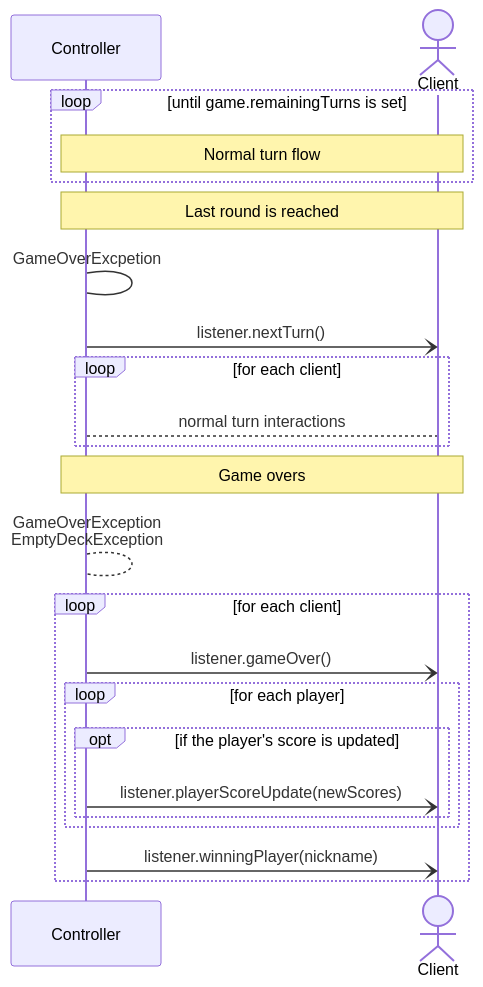
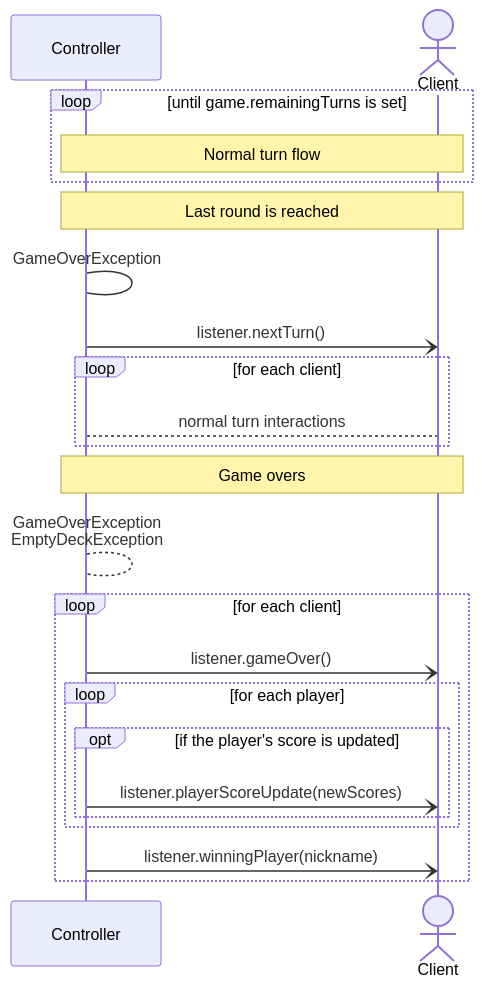
One commit to frephs/IS24-AM21 changed the eighth of 9 diagrams in documentation_wip/network_protocol.md. Above: the diagram before and after it, drawn with Mermaid. The commit also changed other lines of this file, not shown here.

````diff
--- a/documentation_wip/network_protocol.md
+++ b/documentation_wip/network_protocol.md
@@ -322,29 +322,29 @@
 ```mermaid
 sequenceDiagram
     participant Controller
     actor Client
 
     loop until game.remainingTurns is set
         Note over Controller, Client : Normal turn flow
     end 
 
     Note over Controller, Client: Last round is reached
-    Controller -> Controller: GameOverExcpetion 
+    Controller -> Controller: GameOverException 
 
     Controller -) Client : listener.nextTurn() 
     loop for each client 
         Controller --> Client : normal turn interactions 
     end 
     
     Note over Controller, Client: Game overs
     Controller --> Controller: GameOverException <br> EmptyDeckException
     loop for each client 
         Controller -) Client : listener.gameOver()
         loop for each player
             opt if the player's score is updated
                 Controller -) Client : listener.playerScoreUpdate(newScores)
             end
         end
         Controller -) Client : listener.winningPlayer(nickname)
     end
 ```
````
